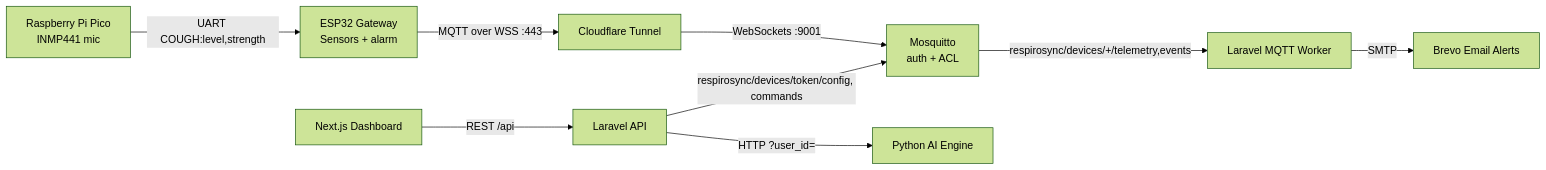
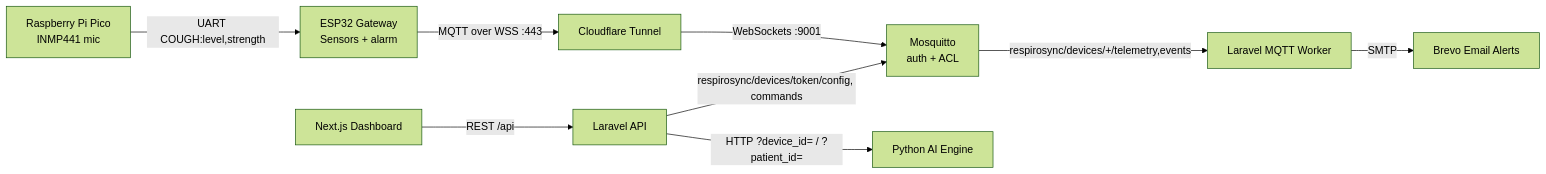
The diagram in README.md (anake-an/asthma-monitoring-system), drawn with Mermaid (forest theme) before and after one commit. The commit also changed 17 other files, not shown here.

First line of the commit message:
feat(ai): room model per device, risk model per child (multi-patient phase 4)

````diff
--- a/README.md
+++ b/README.md
@@ -43,11 +43,11 @@
 ```mermaid
 graph LR
     Pico[Raspberry Pi Pico\nINMP441 mic] -- UART COUGH:level,strength --> ESP32[ESP32 Gateway\nSensors + alarm]
     ESP32 -- MQTT over WSS :443 --> Cloudflare[Cloudflare Tunnel]
     Cloudflare -- WebSockets :9001 --> Mosquitto[Mosquitto\nauth + ACL]
     Mosquitto -- respirosync/devices/+/telemetry,events --> Worker[Laravel MQTT Worker]
     API[Laravel API] -- respirosync/devices/token/config, commands --> Mosquitto
     NextJS[Next.js Dashboard] -- REST /api --> API
-    API -- HTTP ?user_id= --> Python[Python AI Engine]
+    API -- HTTP ?device_id= / ?patient_id= --> Python[Python AI Engine]
     Worker -- SMTP --> Brevo[Brevo Email Alerts]
 ```
````
